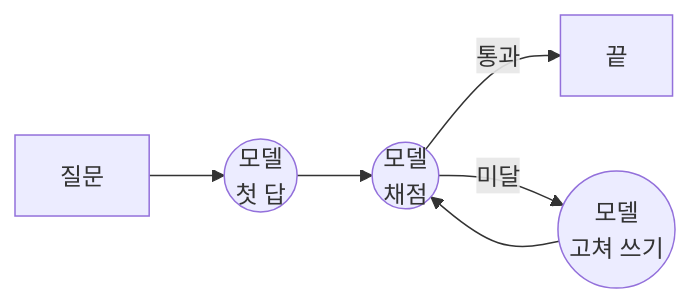
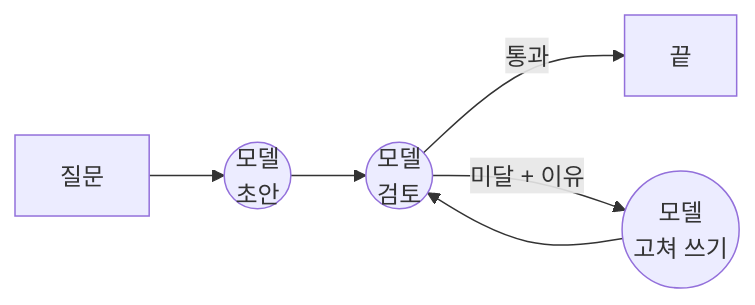
Before and after one commit to devjune/ai-study: the fourth of 22 diagrams in docs/phase2/Spring AI로 구현하는 에이전틱 패턴.md, drawn with Mermaid. The commit also changed other lines of this file and 2 other files, not shown here.

````diff
--- a/docs/phase2/Spring AI로 구현하는 에이전틱 패턴.md
+++ b/docs/phase2/Spring AI로 구현하는 에이전틱 패턴.md
@@ -161,8 +167,8 @@
 ```mermaid
 flowchart LR
-    Q[질문] --> M1((모델<br/>첫 답))
-    M1 --> M2((모델<br/>채점))
+    Q[질문] --> M1((모델<br/>초안))
+    M1 --> M2((모델<br/>검토))
     M2 -->|통과| OK[끝]
-    M2 -->|미달| M3((모델<br/>고쳐 쓰기))
+    M2 -->|미달 + 이유| M3((모델<br/>고쳐 쓰기))
     M3 --> M2
 ```
````
